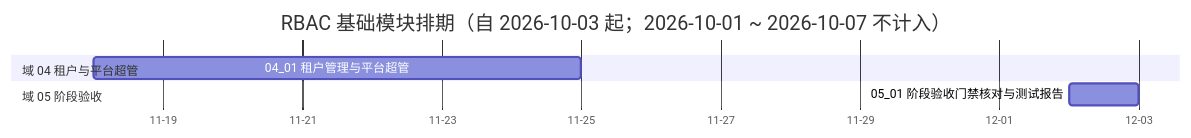
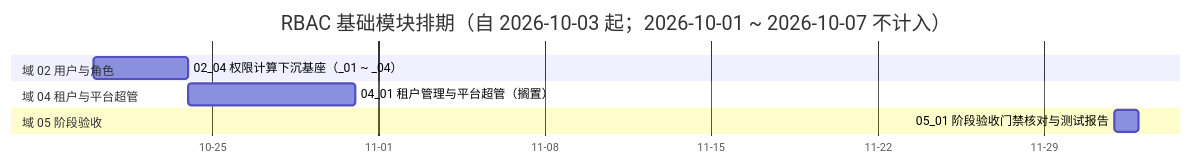
One commit to minjian123/basic-management-system changed the diagram in bms文档/项目/07_RBAC基础模块/计划/01_计划_RBAC基础模块.md. Above: the diagram before and after it, drawn with Mermaid. The commit also changed other lines of this file and 10 other files, not shown here.

````diff
--- a/bms文档/项目/07_RBAC基础模块/计划/01_计划_RBAC基础模块.md
+++ b/bms文档/项目/07_RBAC基础模块/计划/01_计划_RBAC基础模块.md
@@ -75,15 +77,16 @@
 ```mermaid
 gantt
     title RBAC 基础模块排期（自 2026-10-03 起；2026-10-01 ~ 2026-10-07 不计入）
     dateFormat  YYYY-MM-DD
     axisFormat %m-%d
     section 域 01 插件化挂接
     section 域 03 菜单与权限
     section 域 02 用户与角色
+    02_04 权限计算下沉基座（_01 ~ _04） :a0204, 2026-10-20, 4d
     section 域 04 租户与平台超管
-    04_01 租户管理与平台超管 :a0401, 2026-11-18, 7d
+    04_01 租户管理与平台超管（搁置） :a0401, 2026-10-24, 7d
     section 域 07 原型对照结论补齐
     section 域 08 字典页布局对齐
     section 域 05 阶段验收
     05_01 阶段验收门禁核对与测试报告 :a0501, 2026-12-02, 1d
 ```
````
